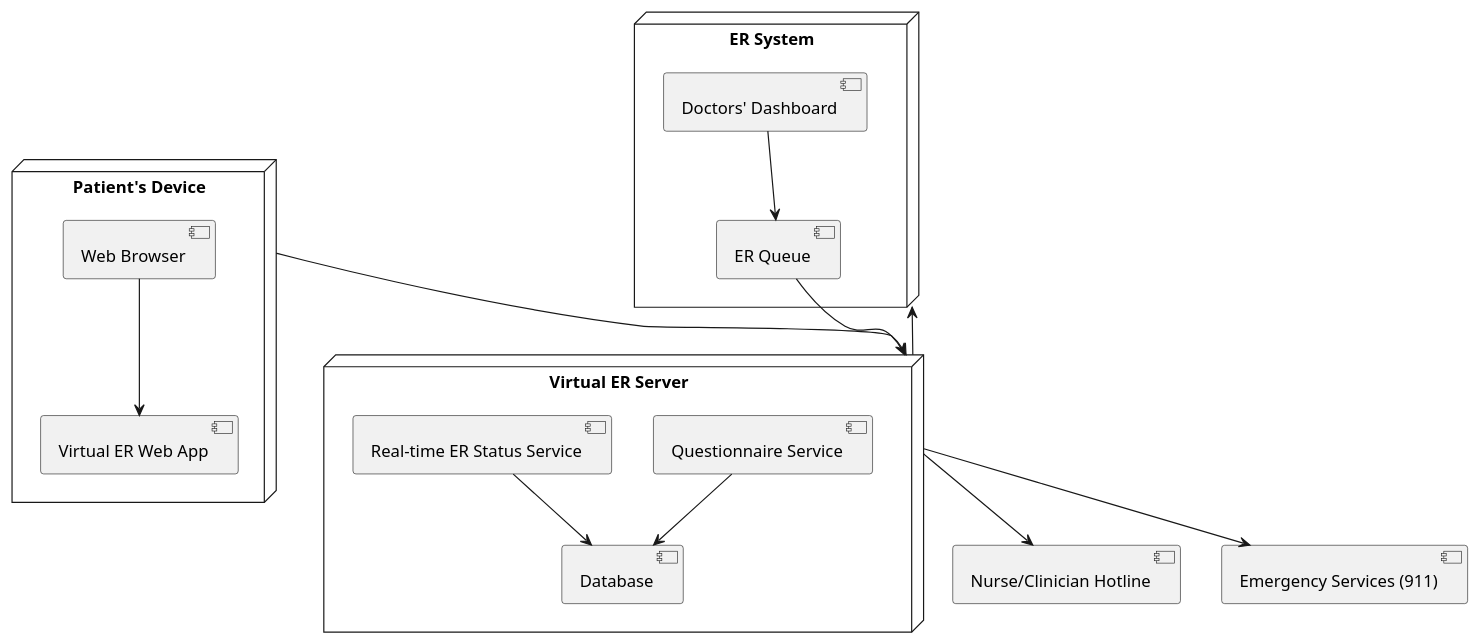
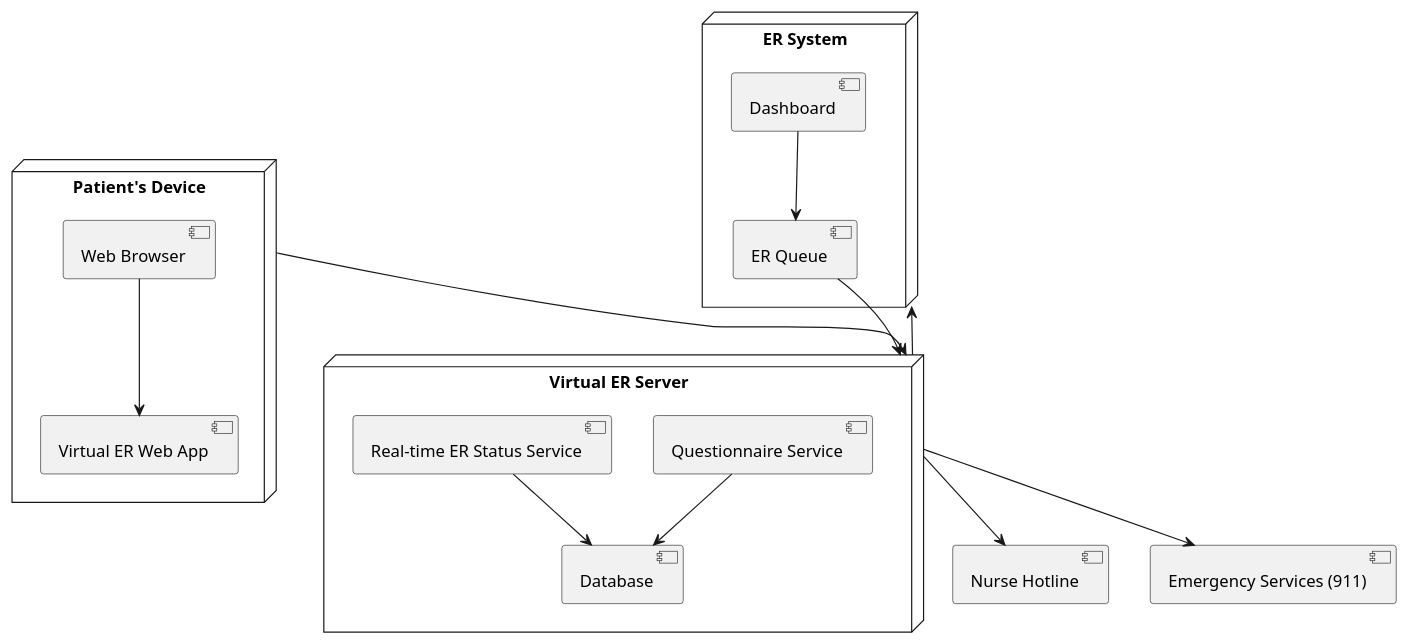
One commit to SENG-350-2024-fall/Group2 changed the diagram in milestone_2/Brandon_Diagrams/deployment.puml. Above: the diagram before and after it, drawn with PlantUML. The commit also changed 1 other file, not shown here.

```diff
--- a/milestone_2/Brandon_Diagrams/deployment.puml
+++ b/milestone_2/Brandon_Diagrams/deployment.puml
@@ -1,20 +1,20 @@
 @startuml Deployment
 node "Patient's Device" {
   [Web Browser] --> [Virtual ER Web App]
 }
 
 node "Virtual ER Server" {
   [Questionnaire Service] --> [Database]
   [Real-time ER Status Service] --> [Database]
 }
 
 node "ER System" {
   [ER Queue] --> [Virtual ER Server]
-  [Doctors' Dashboard] --> [ER Queue]
+  [Dashboard] --> [ER Queue]
 }
 
 [Patient's Device] --> [Virtual ER Server]
 [Virtual ER Server] --> [ER System]
-[Virtual ER Server] --> [Nurse/Clinician Hotline]
+[Virtual ER Server] --> [Nurse Hotline]
 [Virtual ER Server] --> [Emergency Services (911)]
 @enduml
```
